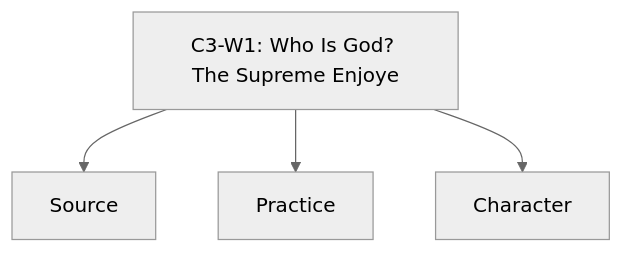
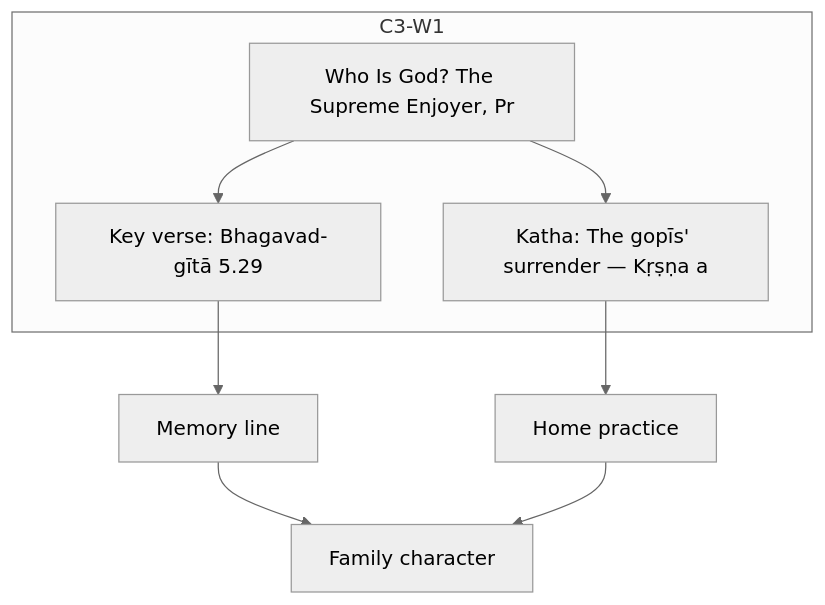
One commit to swap2you/kutumba-family-program changed the diagram in 11-weekly-program-library/first-six-months/c3-w1-who-is-god-the-supreme-enjoyer-proprietor-and-friend/visuals/concept-map.mmd. Above: the diagram before and after it, drawn with Mermaid (neutral theme). The commit also changed 201 other files, not shown here.

```diff
--- a/11-weekly-program-library/first-six-months/c3-w1-who-is-god-the-supreme-enjoyer-proprietor-and-friend/visuals/concept-map.mmd
+++ b/11-weekly-program-library/first-six-months/c3-w1-who-is-god-the-supreme-enjoyer-proprietor-and-friend/visuals/concept-map.mmd
@@ -1,4 +1,12 @@
-flowchart TD
-  A[C3-W1: Who Is God? The Supreme Enjoye] --> B[Source]
-  A --> C[Practice]
-  A --> D[Character]
+flowchart TB
+    subgraph MODULE["C3-W1"]
+        A["Who Is God? The Supreme Enjoyer, Pr"]
+        B["Key verse: Bhagavad-gītā 5.29"]
+        C["Katha: The gopīs' surrender — Kṛṣṇa a"]
+    end
+    A --> B
+    A --> C
+    B --> D[Memory line]
+    C --> E[Home practice]
+    D --> F[Family character]
+    E --> F
```
